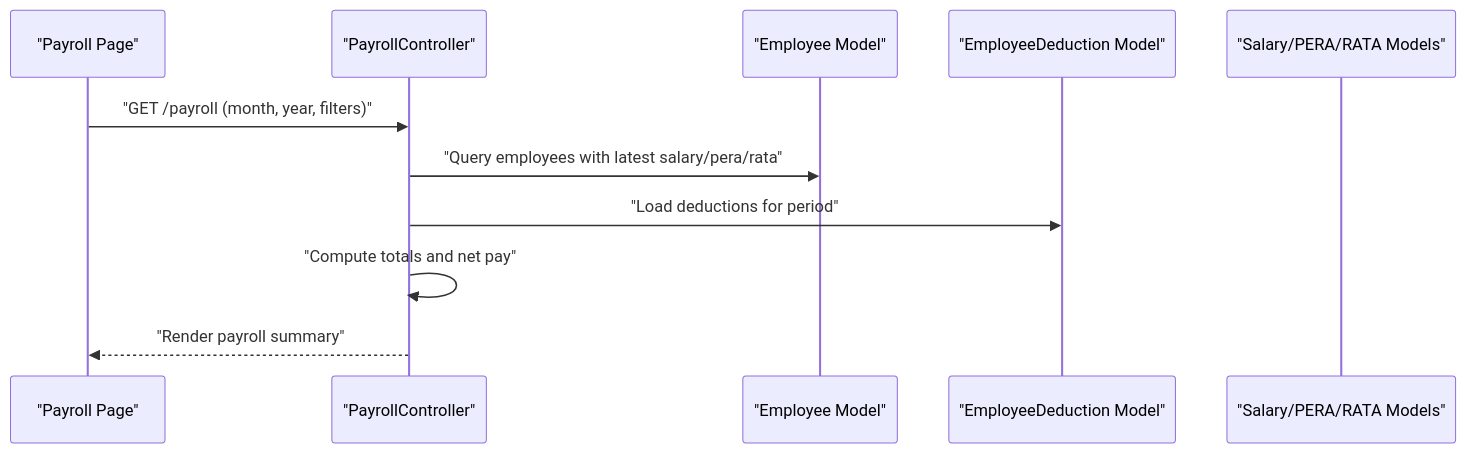
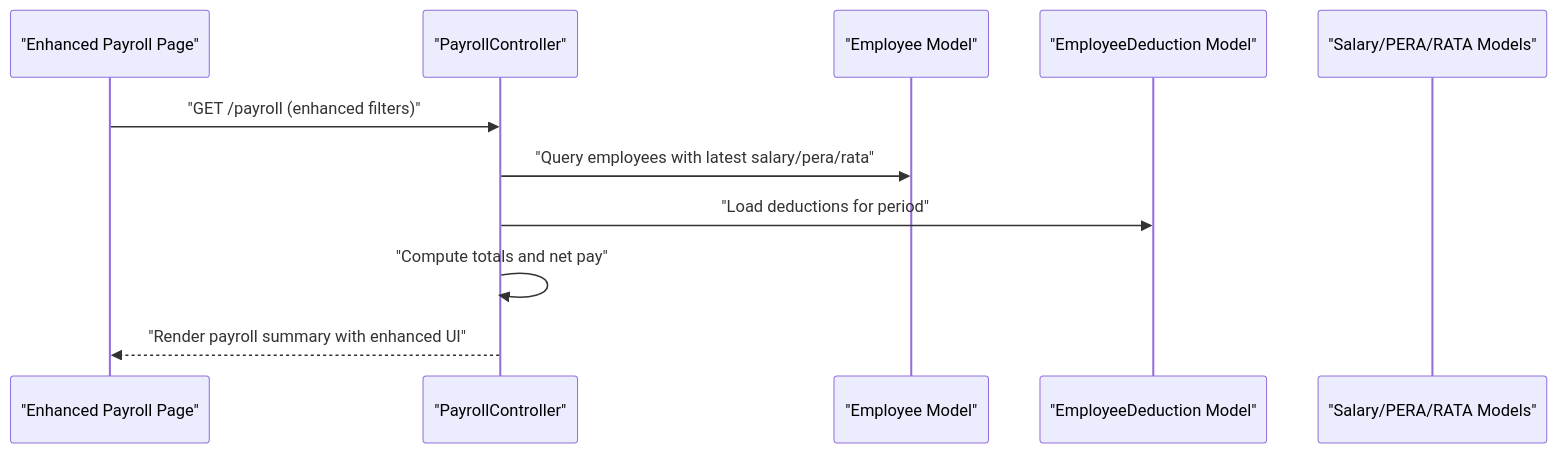
One commit to vincet0t15/template changed the fifth of 8 diagrams in .qoder/repowiki/en/content/Deduction Management/Deduction Management.md. Above: the diagram before and after it, drawn with Mermaid. The commit also changed other lines of this file and 13 other files, not shown here.

````diff
--- a/.qoder/repowiki/en/content/Deduction Management/Deduction Management.md
+++ b/.qoder/repowiki/en/content/Deduction Management/Deduction Management.md
@@ -267,13 +294,13 @@
 ```mermaid
 sequenceDiagram
-participant UI as "Payroll Page"
+participant UI as "Enhanced Payroll Page"
 participant C as "PayrollController"
 participant E as "Employee Model"
 participant D as "EmployeeDeduction Model"
 participant S as "Salary/PERA/RATA Models"
-UI->>C : "GET /payroll (month, year, filters)"
+UI->>C : "GET /payroll (enhanced filters)"
 C->>E : "Query employees with latest salary/pera/rata"
 C->>D : "Load deductions for period"
 C->>C : "Compute totals and net pay"
-C-->>UI : "Render payroll summary"
+C-->>UI : "Render payroll summary with enhanced UI"
 ```
````
